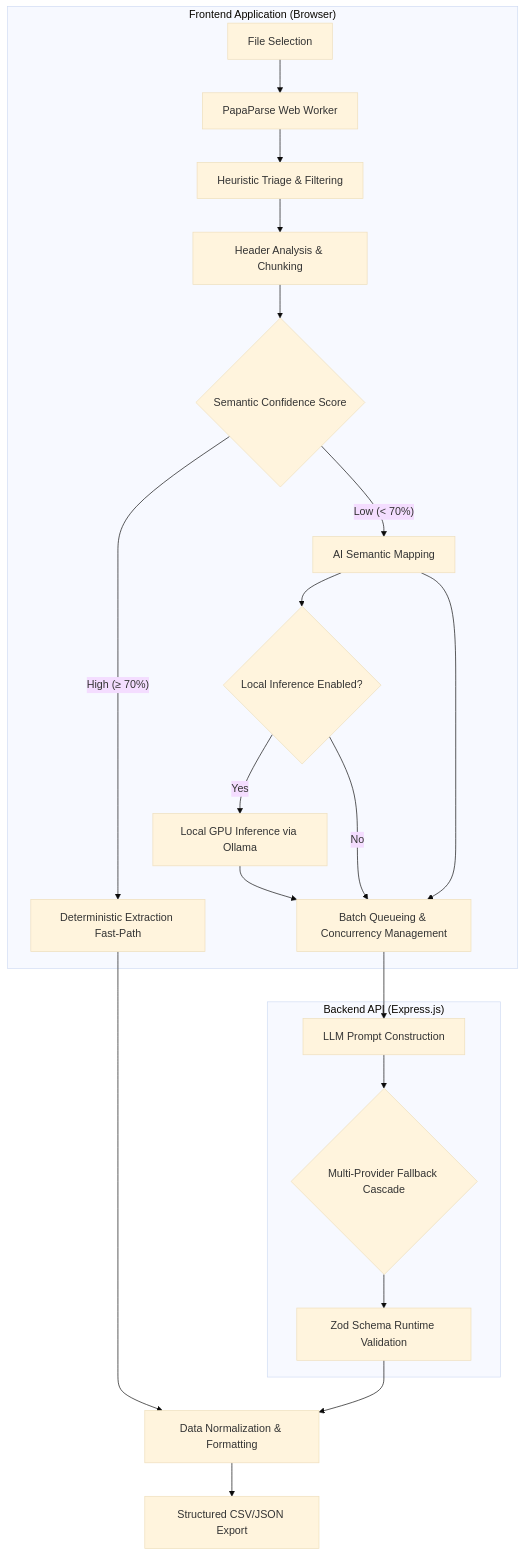
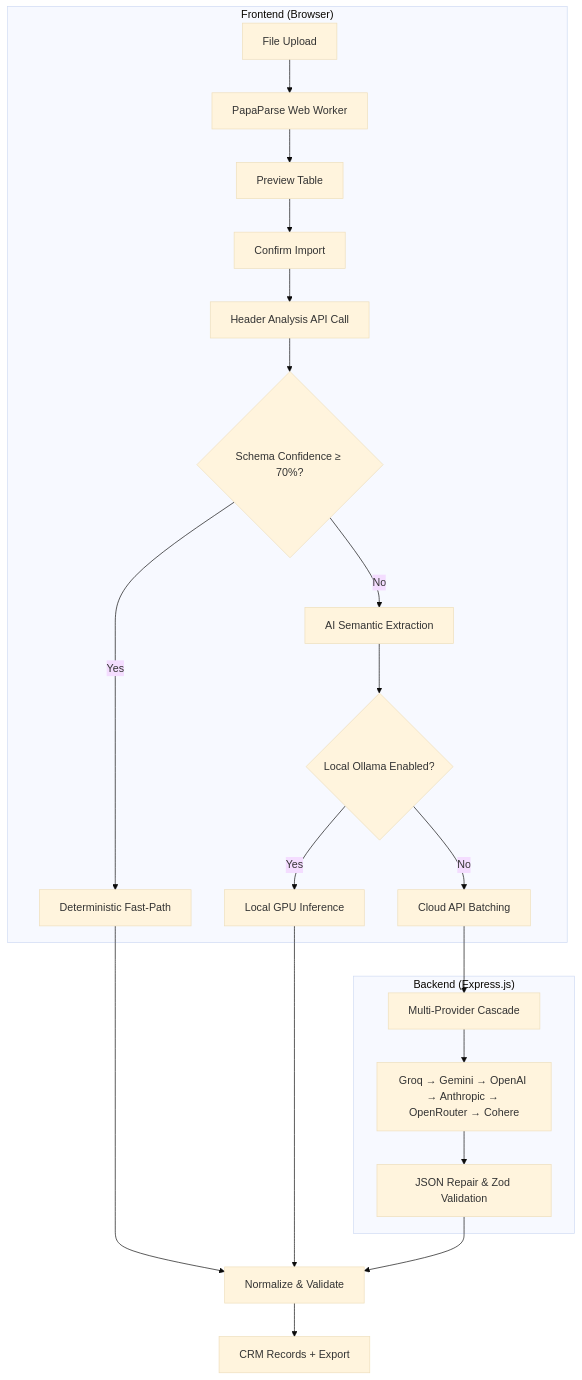
One commit to notUbaid/GridSense changed the diagram in README.md. Above: the diagram before and after it, drawn with Mermaid (base theme). The commit also changed other lines of this file and 10 other files, not shown here.

````diff
--- a/README.md
+++ b/README.md
@@ -53,26 +211,26 @@
 ```mermaid
 flowchart TD
-    subgraph Client ["Frontend Application (Browser)"]
-        A[File Selection] --> B[PapaParse Web Worker]
-        B --> C[Heuristic Triage & Filtering]
-        C --> D[Header Analysis & Chunking]
-        D --> E{Semantic Confidence Score}
-        E -- "High (≥ 70%)" --> F[Deterministic Extraction Fast-Path]
-        E -- "Low (< 70%)" --> G[AI Semantic Mapping]
-        G --> O{Local Inference Enabled?}
-        O -- "Yes" --> P[Local GPU Inference via Ollama]
-        P --> H
+    subgraph Client ["Frontend (Browser)"]
+        A[File Upload] --> B[PapaParse Web Worker]
+        B --> C[Preview Table]
+        C --> D[Confirm Import]
+        D --> E[Header Analysis API Call]
+        E --> F{Schema Confidence ≥ 70%?}
+        F -- Yes --> G[Deterministic Fast-Path]
+        F -- No --> H[AI Semantic Extraction]
+        H --> I{Local Ollama Enabled?}
+        I -- Yes --> J[Local GPU Inference]
+        I -- No --> K[Cloud API Batching]
     end
 
-    subgraph Server ["Backend API (Express.js)"]
-        G --> H[Batch Queueing & Concurrency Management]
-        O -- "No" --> H
-        H --> I[LLM Prompt Construction]
-        I --> J{Multi-Provider Fallback Cascade}
-        J --> K[Zod Schema Runtime Validation]
+    subgraph Server ["Backend (Express.js)"]
+        K --> L[Multi-Provider Cascade]
+        L --> M[Groq → Gemini → OpenAI → Anthropic → OpenRouter → Cohere]
+        M --> N[JSON Repair & Zod Validation]
     end
 
-    F --> L[Data Normalization & Formatting]
-    K --> L
-    L --> M[Structured CSV/JSON Export]
+    G --> O[Normalize & Validate]
+    J --> O
+    N --> O
+    O --> P[CRM Records + Export]
 ```
````
